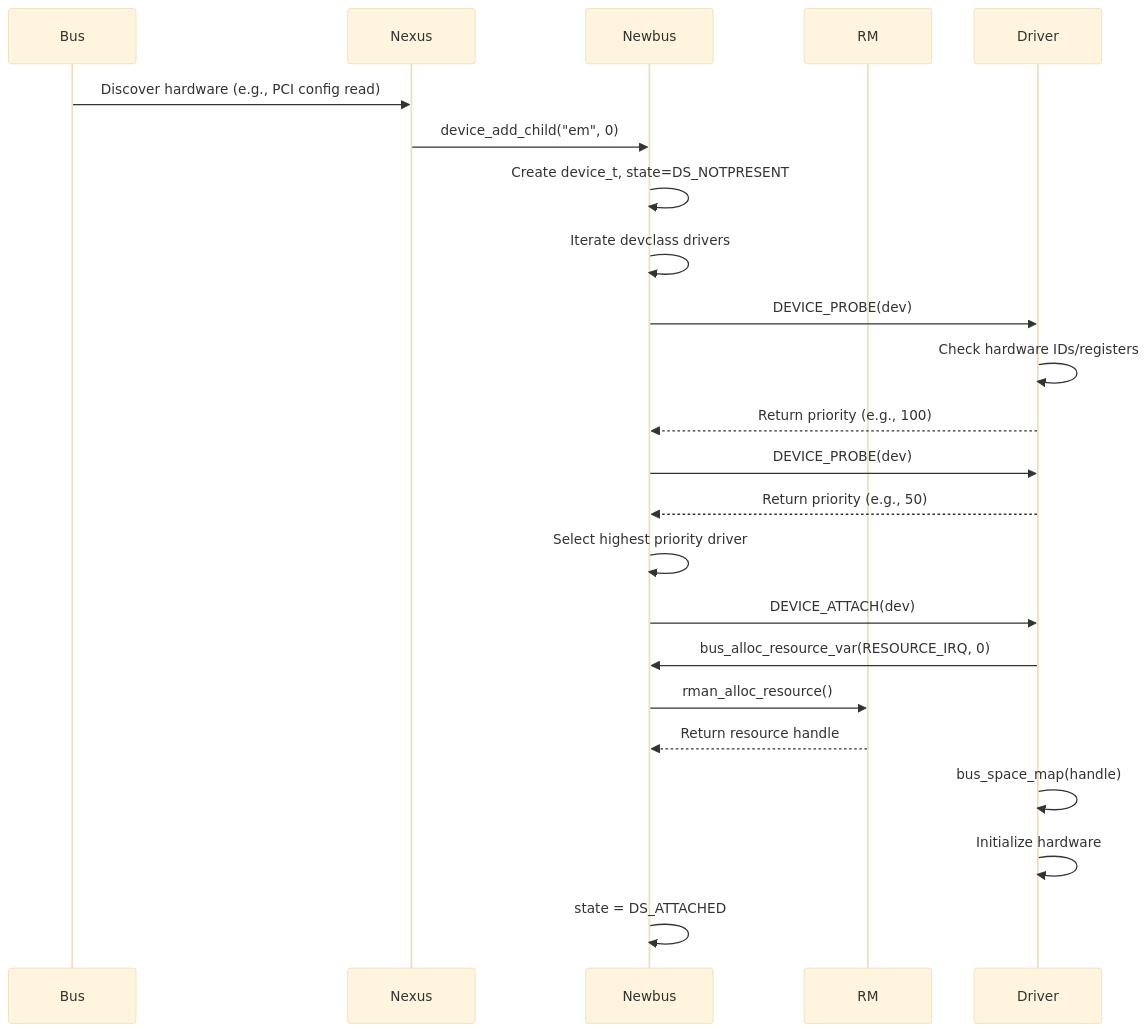
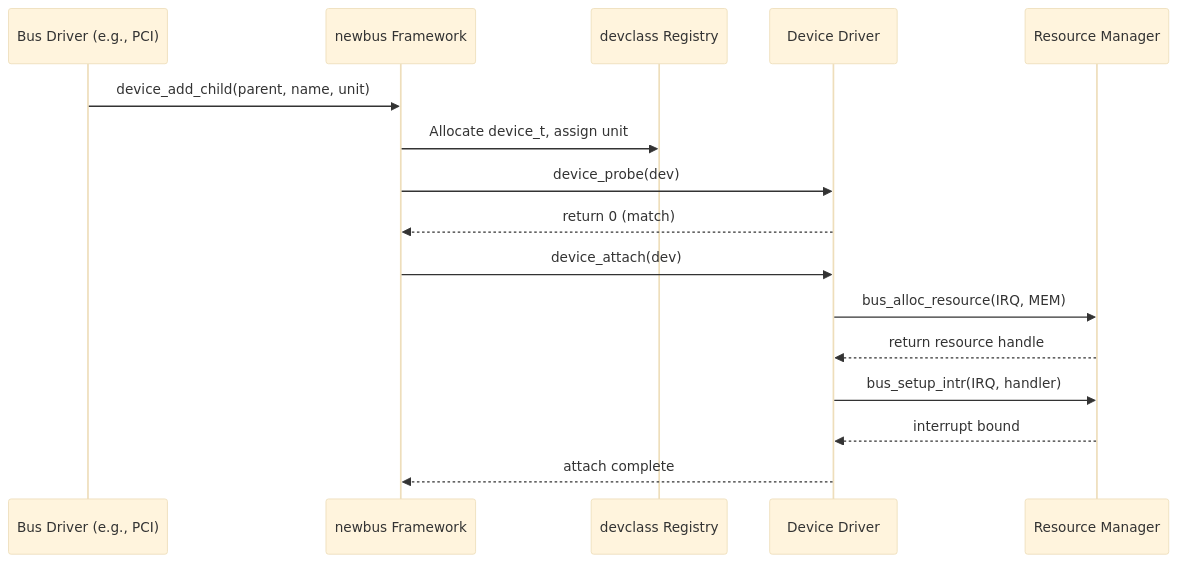
Before and after one commit to ocochard/freebsd-src: the diagram in sys/kern/README_driver.md, drawn with Mermaid (base theme). The commit also changed other lines of this file and 25 other files, not shown here.

````diff
--- a/sys/kern/README_driver.md
+++ b/sys/kern/README_driver.md
@@ -103,25 +88,19 @@
 ```mermaid
 sequenceDiagram
-    participant Bus
-    participant Nexus
-    participant Newbus
-    participant RM
-    participant Driver
-    Bus->>Nexus: Discover hardware (e.g., PCI config read)
-    Nexus->>Newbus: device_add_child("em", 0)
-    Newbus->>Newbus: Create device_t, state=DS_NOTPRESENT
-    Newbus->>Newbus: Iterate devclass drivers
-    Newbus->>Driver: DEVICE_PROBE(dev)
-    Driver->>Driver: Check hardware IDs/registers
-    Driver-->>Newbus: Return priority (e.g., 100)
-    Newbus->>Driver: DEVICE_PROBE(dev)
-    Driver-->>Newbus: Return priority (e.g., 50)
-    Newbus->>Newbus: Select highest priority driver
-    Newbus->>Driver: DEVICE_ATTACH(dev)
-    Driver->>Newbus: bus_alloc_resource_var(RESOURCE_IRQ, 0)
-    Newbus->>RM: rman_alloc_resource()
-    RM-->>Newbus: Return resource handle
-    Driver->>Driver: bus_space_map(handle)
-    Driver->>Driver: Initialize hardware
-    Newbus->>Newbus: state = DS_ATTACHED
+  participant Bus as Bus Driver (e.g., PCI)
+  participant NewBus as newbus Framework
+  participant DevClass as devclass Registry
+  participant Driver as Device Driver
+  participant Rman as Resource Manager
+
+  Bus->>NewBus: device_add_child(parent, name, unit)
+  NewBus->>DevClass: Allocate device_t, assign unit
+  NewBus->>Driver: device_probe(dev)
+  Driver-->>NewBus: return 0 (match)
+  NewBus->>Driver: device_attach(dev)
+  Driver->>Rman: bus_alloc_resource(IRQ, MEM)
+  Rman-->>Driver: return resource handle
+  Driver->>Rman: bus_setup_intr(IRQ, handler)
+  Rman-->>Driver: interrupt bound
+  Driver-->>NewBus: attach complete
 ```
````
